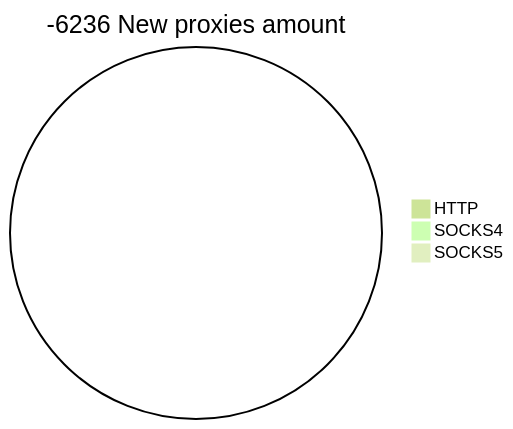
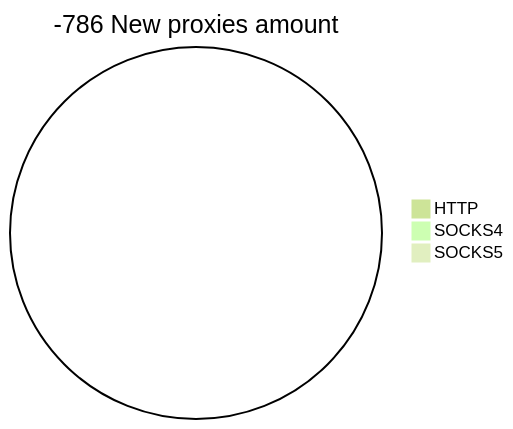
One commit to cutipu/proxylist changed the second of 2 diagrams in README.md. Above: the diagram before and after it, drawn with Mermaid (forest theme). The commit also changed other lines of this file, not shown here.

````diff
--- a/README.md
+++ b/README.md
@@ -17,6 +17,6 @@
 ```mermaid
-pie title -6236 New proxies amount
+pie title -786 New proxies amount
     "HTTP" : 0
     "SOCKS4" : 0
     "SOCKS5" : 0
 ```
````
